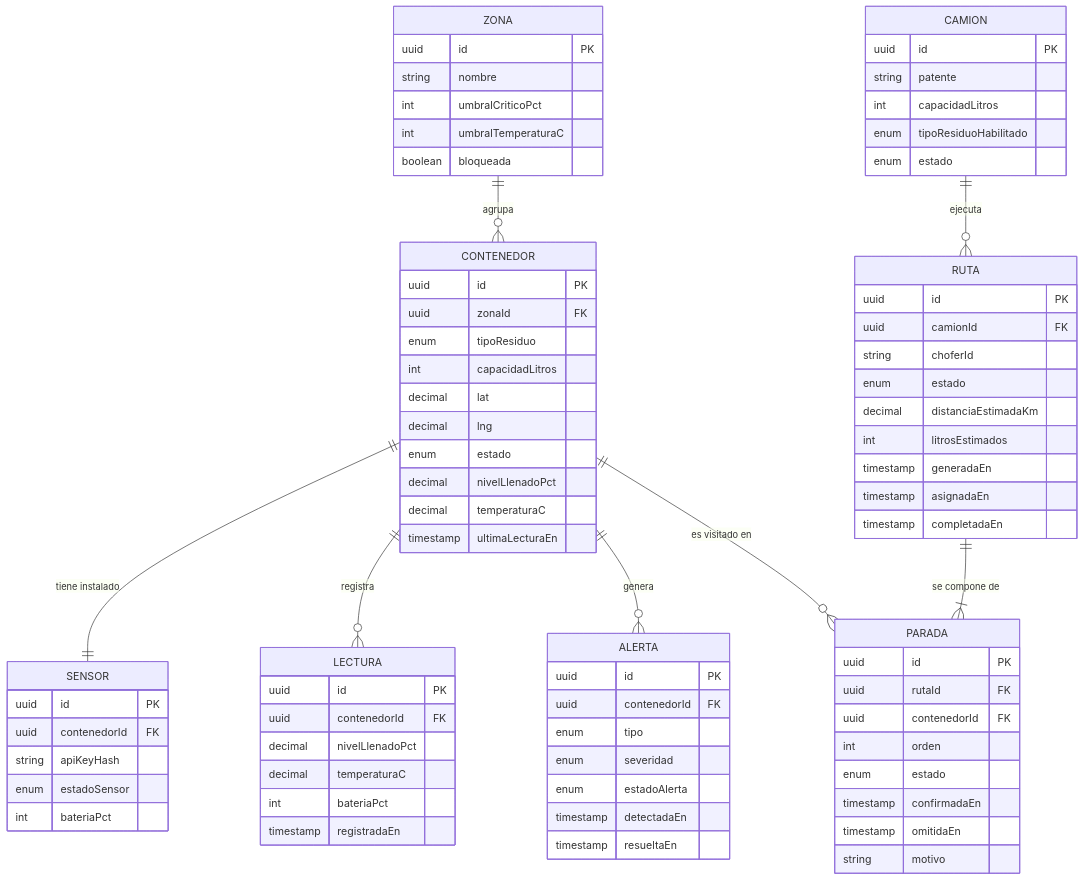
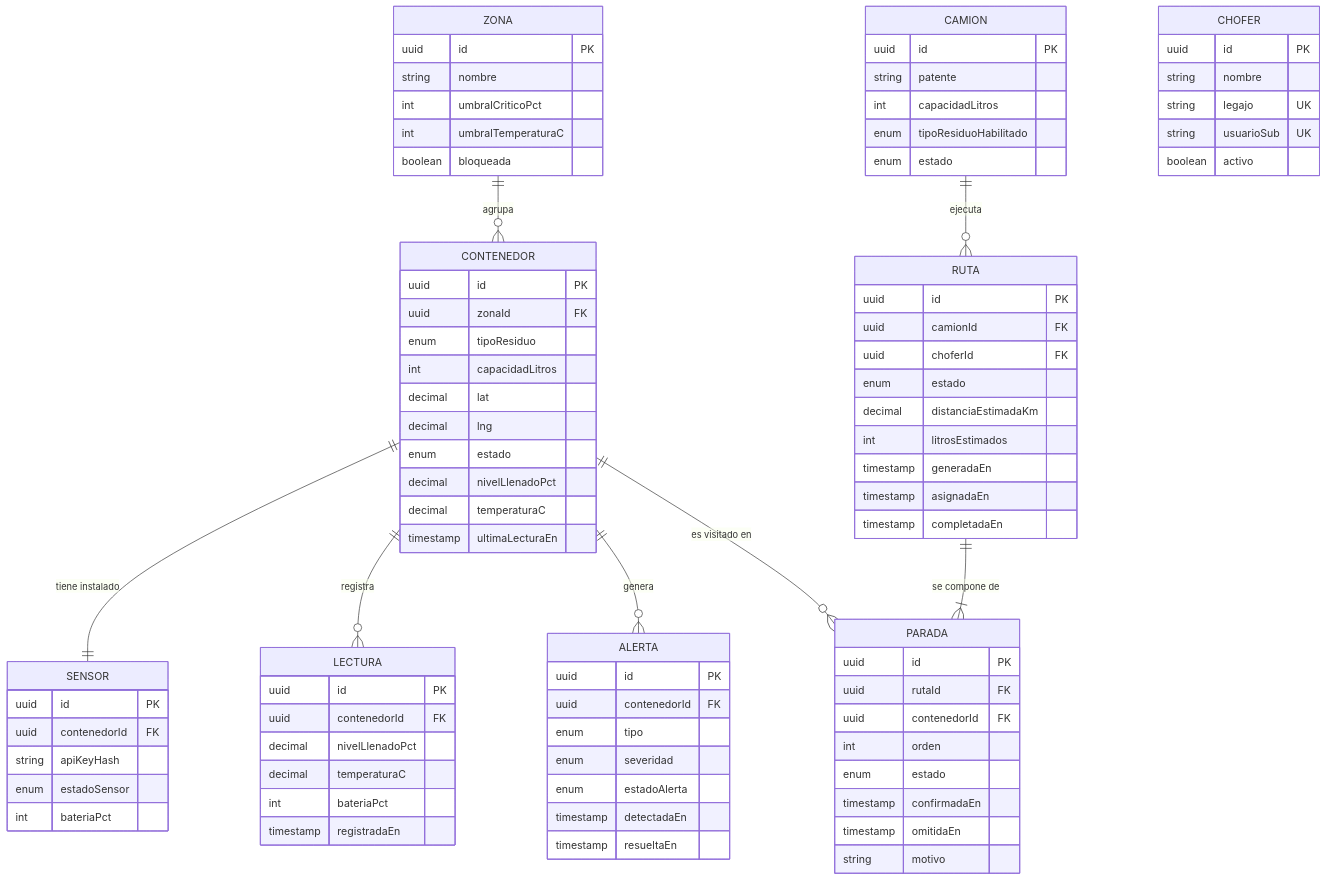
The diagram in docs/arquitectura/modelo-de-datos.md (ResiduosCityPass/citypass-residuos), drawn with Mermaid before and after one commit. The commit also changed other lines of this file and 30 other files, not shown here.

```diff
--- a/docs/arquitectura/modelo-de-datos.md
+++ b/docs/arquitectura/modelo-de-datos.md
@@ -64,10 +64,18 @@
         enum tipoResiduoHabilitado
         enum estado
     }
+    CHOFER {
+        uuid id PK
+        string nombre
+        string legajo UK
+        string usuarioSub UK
+        boolean activo
+    }
+
     RUTA {
         uuid id PK
         uuid camionId FK
-        string choferId
+        uuid choferId FK
         enum estado
         decimal distanciaEstimadaKm
         int litrosEstimados
```
